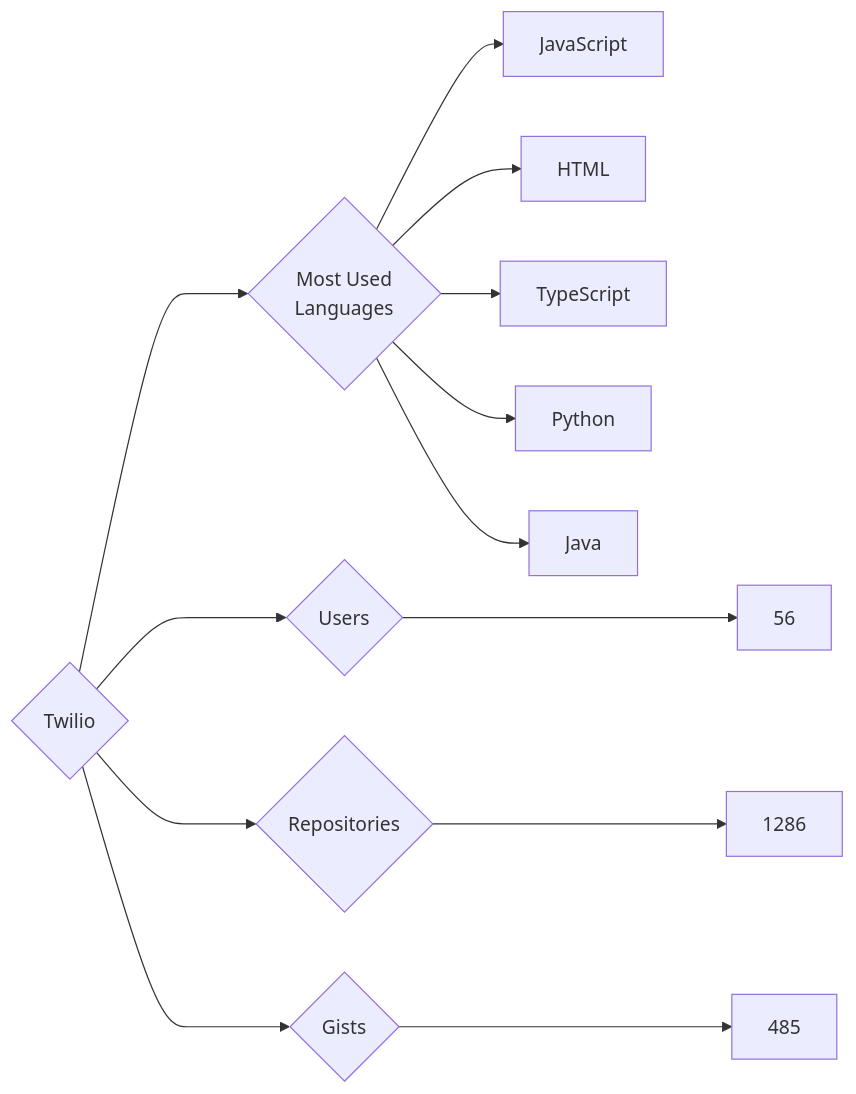
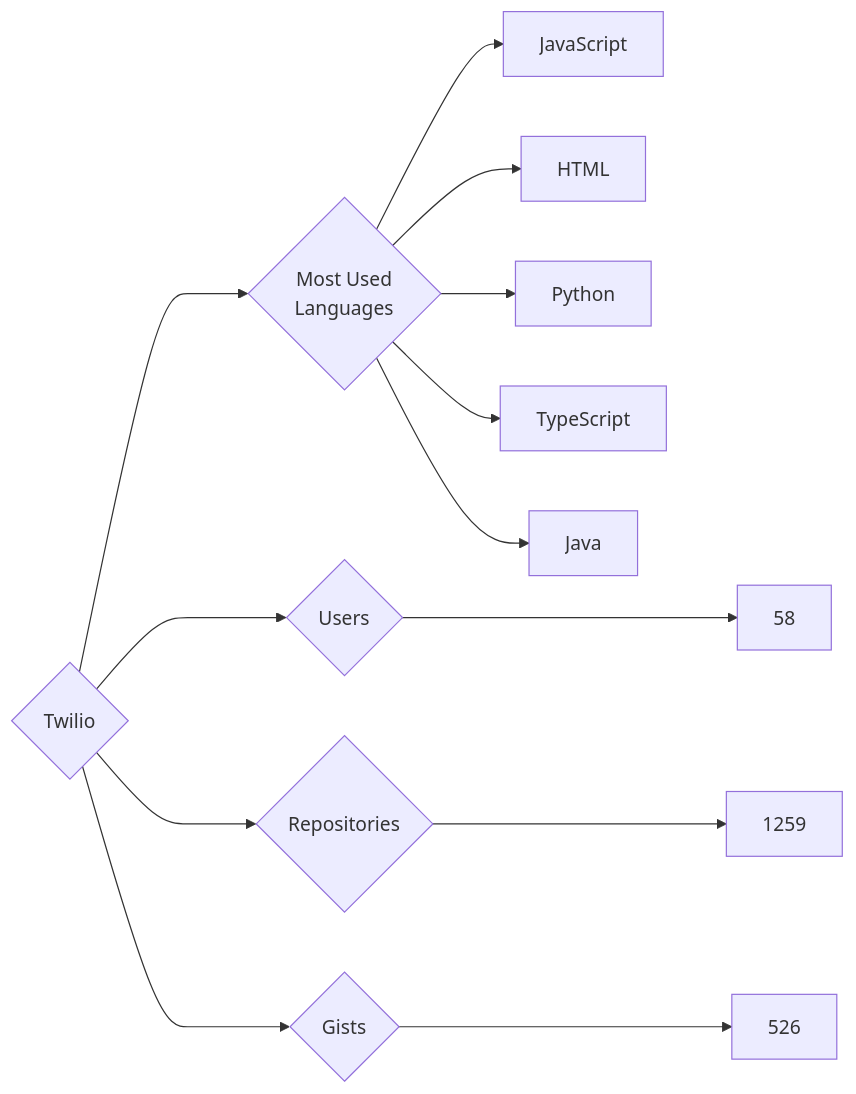
The diagram in targets/Twilio/README.md (trickest/insiders), drawn with Mermaid before and after one commit. The commit also changed 976 other files, not shown here.

````diff
--- a/targets/Twilio/README.md
+++ b/targets/Twilio/README.md
@@ -3,13 +3,13 @@
 ```mermaid
 graph LR
 COMPANY_NAME{Twilio}
-COMPANY_NAME ---> U{Users} ---> UN[56]
-COMPANY_NAME ---> R{Repositories} ---> RN[1286]
-COMPANY_NAME ---> G{Gists} ---> GN[485]
+COMPANY_NAME ---> U{Users} ---> UN[58]
+COMPANY_NAME ---> R{Repositories} ---> RN[1259]
+COMPANY_NAME ---> G{Gists} ---> GN[526]
 COMPANY_NAME ---> ML{Most Used<br>Languages}
 ML --> JavaScript[JavaScript]
 ML --> HTML[HTML]
+ML --> Python[Python]
 ML --> TypeScript[TypeScript]
-ML --> Python[Python]
 ML --> Java[Java]
 ```
````
